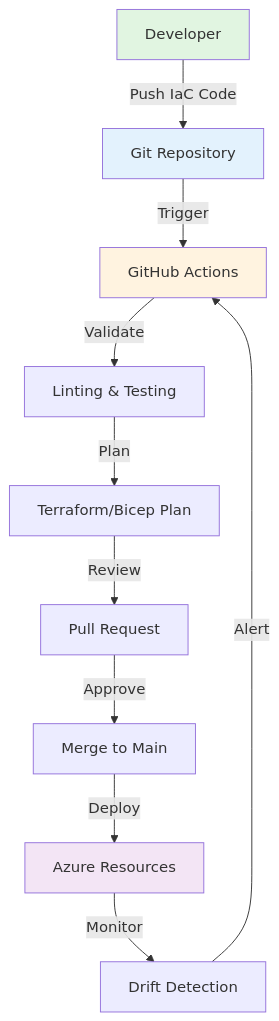
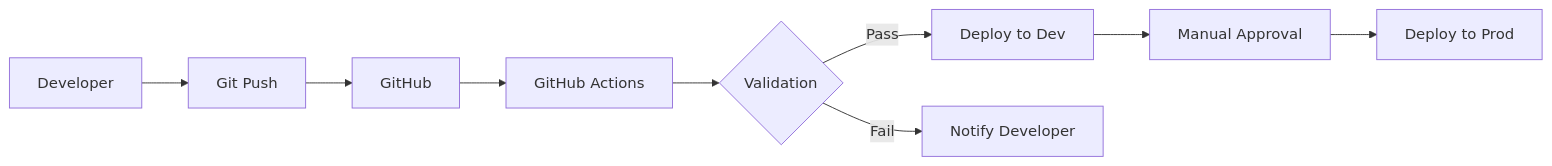
Before and after one commit to paulasilvatech/Mastery-AI-Apps-Dev: the second of 2 diagrams in modules/module-13/README.md, drawn with Mermaid. The commit also changed other lines of this file, not shown here.

Commit message:
Update Module 13 README with complete structure and focus on Bicep

````diff
--- a/modules/module-13/README.md
+++ b/modules/module-13/README.md
@@ -100,17 +164,11 @@
 ```mermaid
-graph TD
-    A[Developer] -->|Push IaC Code| B[Git Repository]
-    B -->|Trigger| C[GitHub Actions]
-    C -->|Validate| D[Linting & Testing]
-    D -->|Plan| E[Terraform/Bicep Plan]
-    E -->|Review| F[Pull Request]
-    F -->|Approve| G[Merge to Main]
-    G -->|Deploy| H[Azure Resources]
-    H -->|Monitor| I[Drift Detection]
-    I -->|Alert| C
-    
-    style A fill:#e1f5e1
-    style B fill:#e3f2fd
-    style C fill:#fff3e0
-    style H fill:#f3e5f5
+graph LR
+    A[Developer] --> B[Git Push]
+    B --> C[GitHub]
+    C --> D[GitHub Actions]
+    D --> E{Validation}
+    E -->|Pass| F[Deploy to Dev]
+    F --> G[Manual Approval]
+    G --> H[Deploy to Prod]
+    E -->|Fail| I[Notify Developer]
 ```
````
